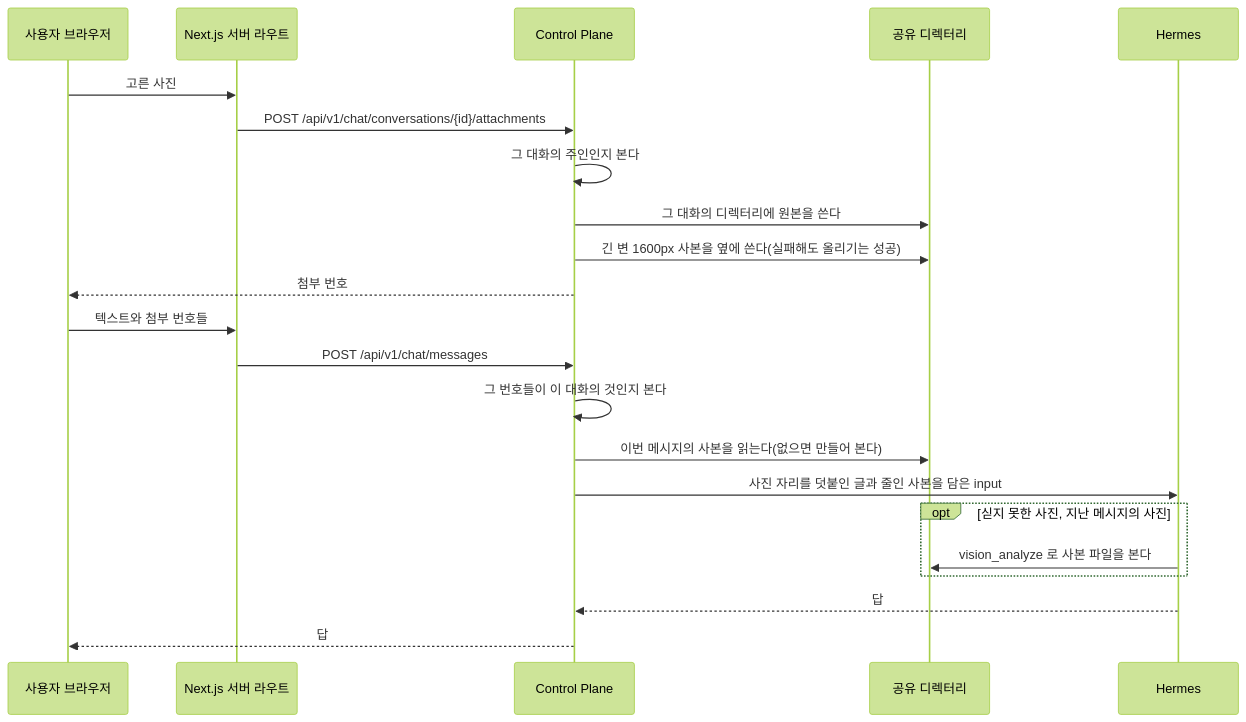
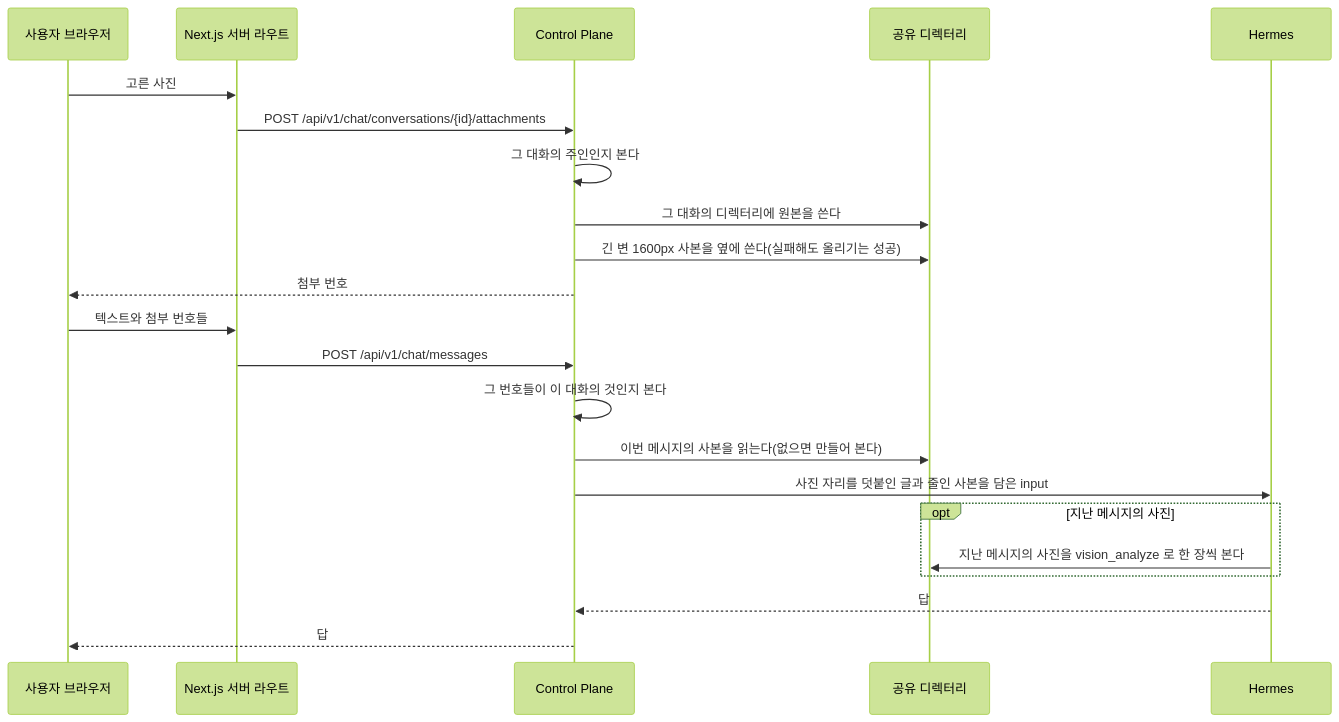
Before and after one commit to jon890/fos-assistant: the diagram in docs/backend/attachment.md, drawn with Mermaid (forest theme). The commit also changed other lines of this file and 3 other files, not shown here.

````diff
--- a/docs/backend/attachment.md
+++ b/docs/backend/attachment.md
@@ -126,26 +126,26 @@
 ```mermaid
 sequenceDiagram
     participant U as 사용자 브라우저
     participant W as Next.js 서버 라우트
     participant C as Control Plane
     participant D as 공유 디렉터리
     participant H as Hermes
 
     U->>W: 고른 사진
     W->>C: POST /api/v1/chat/conversations/{id}/attachments
     C->>C: 그 대화의 주인인지 본다
     C->>D: 그 대화의 디렉터리에 원본을 쓴다
     C->>D: 긴 변 1600px 사본을 옆에 쓴다(실패해도 올리기는 성공)
     C-->>U: 첨부 번호
 
     U->>W: 텍스트와 첨부 번호들
     W->>C: POST /api/v1/chat/messages
     C->>C: 그 번호들이 이 대화의 것인지 본다
     C->>D: 이번 메시지의 사본을 읽는다(없으면 만들어 본다)
     C->>H: 사진 자리를 덧붙인 글과 줄인 사본을 담은 input
-    opt 싣지 못한 사진, 지난 메시지의 사진
-        H->>D: vision_analyze 로 사본 파일을 본다
+    opt 지난 메시지의 사진
+        H->>D: 지난 메시지의 사진을 vision_analyze 로 한 장씩 본다
     end
     H-->>C: 답
     C-->>U: 답
 ```
````
